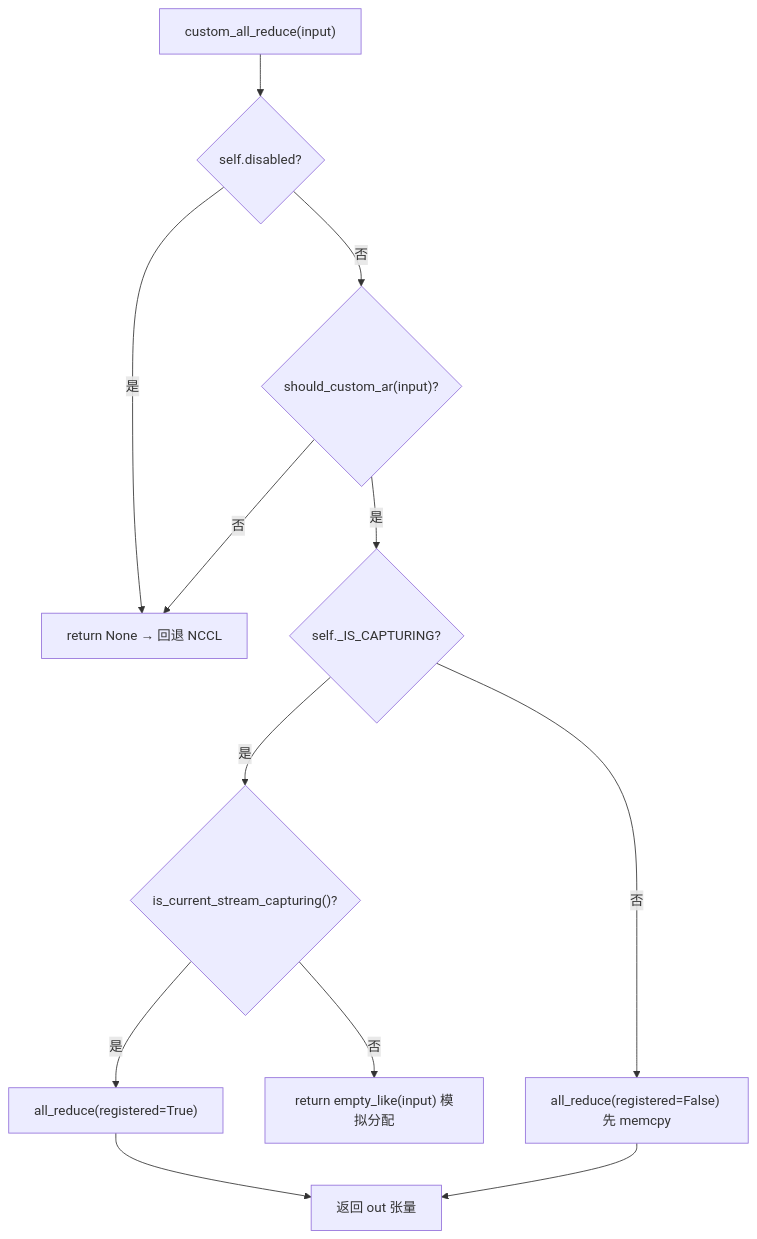
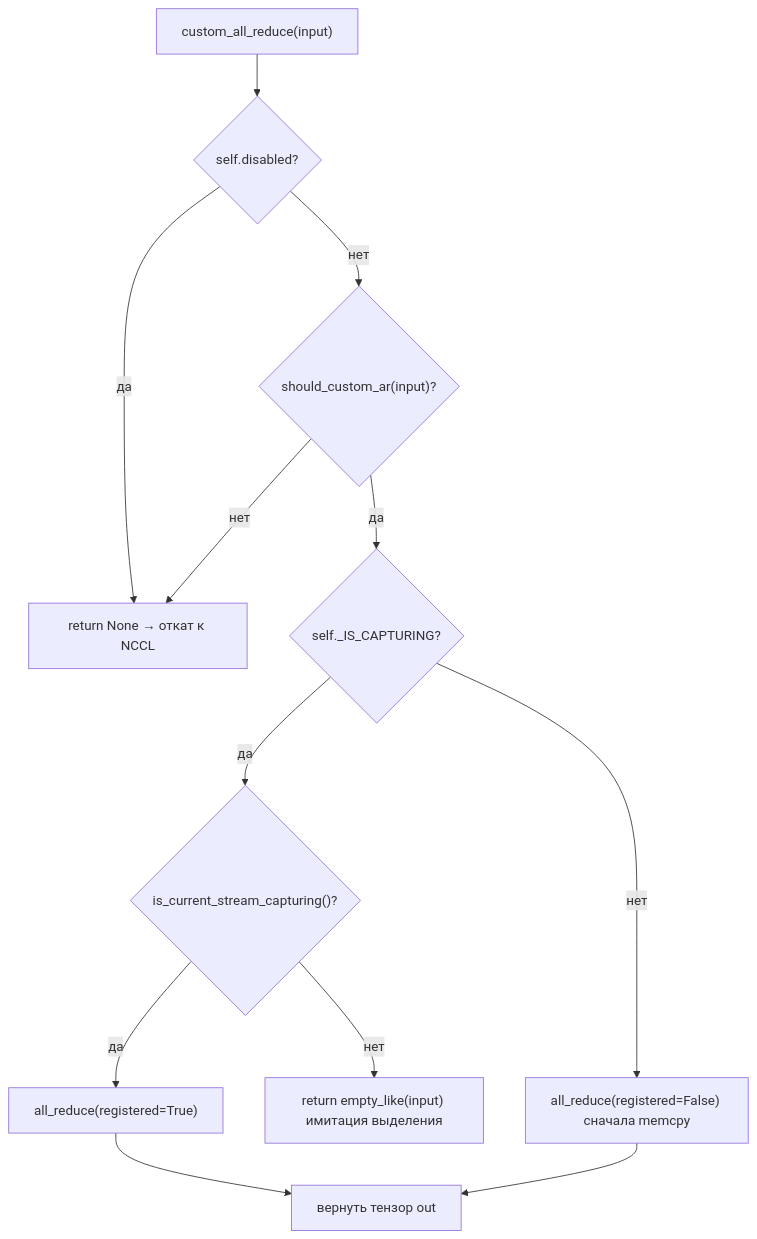
One commit to maleRjc/AiReadCodeBooks changed the second of 3 diagrams in books/vllm/ru/08-kv-transfer-and-chunked-prefill.md. Above: the diagram before and after it, drawn with Mermaid. The commit also changed other lines of this file and 74 other files, not shown here.

````diff
--- a/books/vllm/ru/08-kv-transfer-and-chunked-prefill.md
+++ b/books/vllm/ru/08-kv-transfer-and-chunked-prefill.md
@@ -100,14 +100,14 @@
 ```mermaid
 flowchart TD
     call["custom_all_reduce(input)"] --> disabled{"self.disabled?"}
-    disabled -->|是| ret_none["return None → 回退 NCCL"]
-    disabled -->|否| should{"should_custom_ar(input)?"}
-    should -->|否| ret_none
-    should -->|是| capturing{"self._IS_CAPTURING?"}
-    capturing -->|是| stream_cap{"is_current_stream_capturing()?"}
-    stream_cap -->|是| reg["all_reduce(registered=True)"]
-    stream_cap -->|否| mimic["return empty_like(input) 模拟分配"]
-    capturing -->|否| eager["all_reduce(registered=False) 先 memcpy"]
-    reg --> out["返回 out 张量"]
+    disabled -->|"да"| ret_none["return None → откат к NCCL"]
+    disabled -->|"нет"| should{"should_custom_ar(input)?"}
+    should -->|"нет"| ret_none
+    should -->|"да"| capturing{"self._IS_CAPTURING?"}
+    capturing -->|"да"| stream_cap{"is_current_stream_capturing()?"}
+    stream_cap -->|"да"| reg["all_reduce(registered=True)"]
+    stream_cap -->|"нет"| mimic["return empty_like(input) имитация выделения"]
+    capturing -->|"нет"| eager["all_reduce(registered=False) сначала memcpy"]
+    reg --> out["вернуть тензор out"]
     eager --> out
 ```
````
